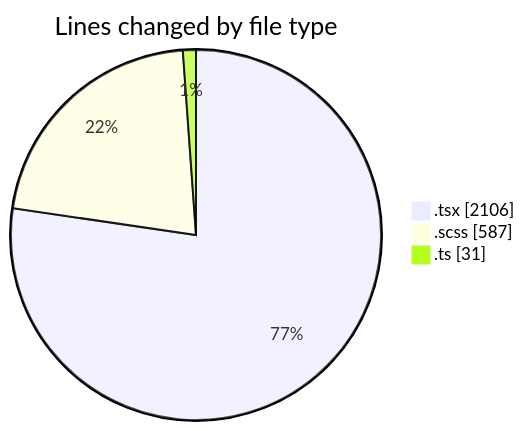
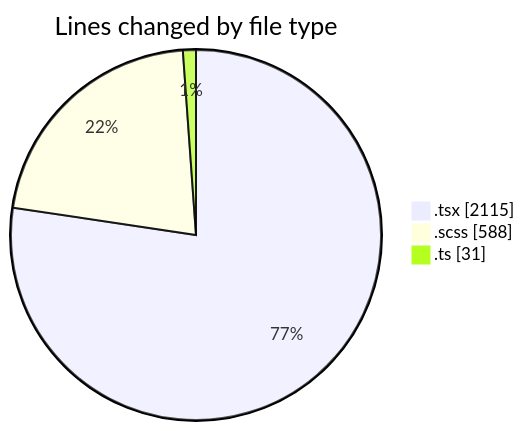
Before and after one commit to momahboobian/code-tracking: the first of 2 diagrams in 2025-04-07/cda/README.md, drawn with Mermaid. The commit also changed other lines of this file and 1 other file, not shown here.

````diff
--- a/2025-04-07/cda/README.md
+++ b/2025-04-07/cda/README.md
@@ -30,7 +30,7 @@
 ```mermaid
 pie showData
 title Lines changed by file type
-".tsx" : 2106
-".scss" : 587
+".tsx" : 2115
+".scss" : 588
 ".ts" : 31
 ```
````
